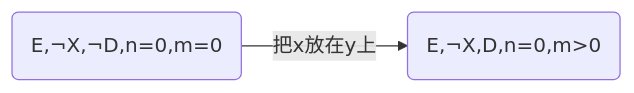
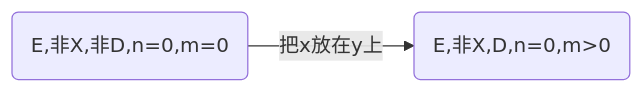
One commit to Tridu33/ZERO-Starting-AI-Planning-in-PDDL-Descripted-World changed the seventh of 29 diagrams in docs/SolversBaseOnPDDL/GP_Numerical/图法QNP.md. Above: the diagram before and after it, drawn with Mermaid. The commit also changed other lines of this file and 25 other files, not shown here.

````diff
--- a/docs/SolversBaseOnPDDL/GP_Numerical/图法QNP.md
+++ b/docs/SolversBaseOnPDDL/GP_Numerical/图法QNP.md
@@ -203,4 +203,4 @@
 ```mermaid
 graph LR;
-　　S11(E,&notX,&notD,n=0,m=0) -->|把x放在y上| S22(E,&notX,D,n=0,m>0);
+　　S11(E,非X,非D,n=0,m=0) -->|把x放在y上| S22(E,非X,D,n=0,m>0);
 ```
````
